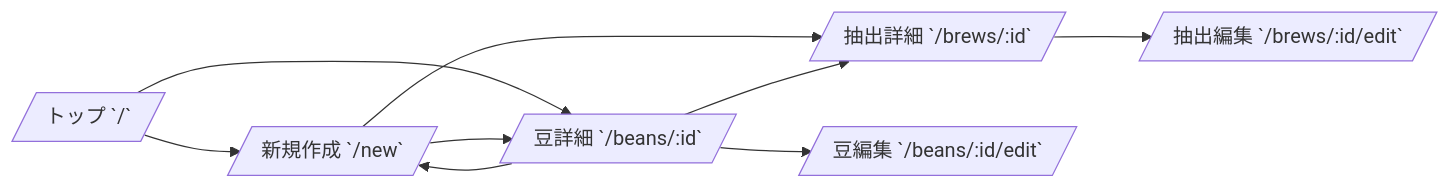
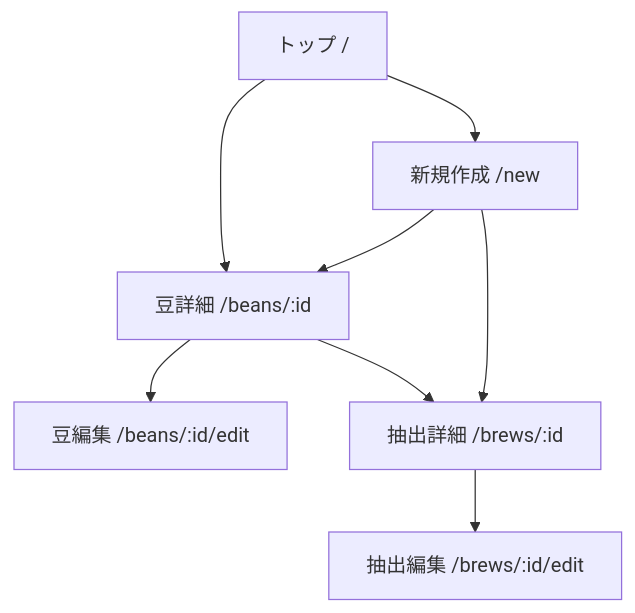
Before and after one commit to yjn279/brewia: the diagram in docs/screen-spec.md, drawn with Mermaid. The commit also changed other lines of this file and 2 other files, not shown here.

````diff
--- a/docs/screen-spec.md
+++ b/docs/screen-spec.md
@@ -16,11 +13,10 @@
 ```mermaid
-flowchart LR
-    TOP[/トップ `/`/] --> NEW[/新規作成 `/new`/]
-    TOP --> BEAN_DETAIL[/豆詳細 `/beans/:id`/]
+flowchart TD
+    TOP[トップ /] --> NEW[新規作成 /new]
+    TOP --> BEAN_DETAIL[豆詳細 /beans/:id]
+    BEAN_DETAIL --> BEAN_EDIT[豆編集 /beans/:id/edit]
+    BEAN_DETAIL --> BREW_DETAIL[抽出詳細 /brews/:id]
+    BREW_DETAIL --> BREW_EDIT[抽出編集 /brews/:id/edit]
     NEW --> BEAN_DETAIL
-    NEW --> BREW_DETAIL[/抽出詳細 `/brews/:id`/]
-    BEAN_DETAIL --> BEAN_EDIT[/豆編集 `/beans/:id/edit`/]
-    BEAN_DETAIL --> BREW_DETAIL
-    BEAN_DETAIL --> NEW
-    BREW_DETAIL --> BREW_EDIT[/抽出編集 `/brews/:id/edit`/]
+    NEW --> BREW_DETAIL
 ```
````
